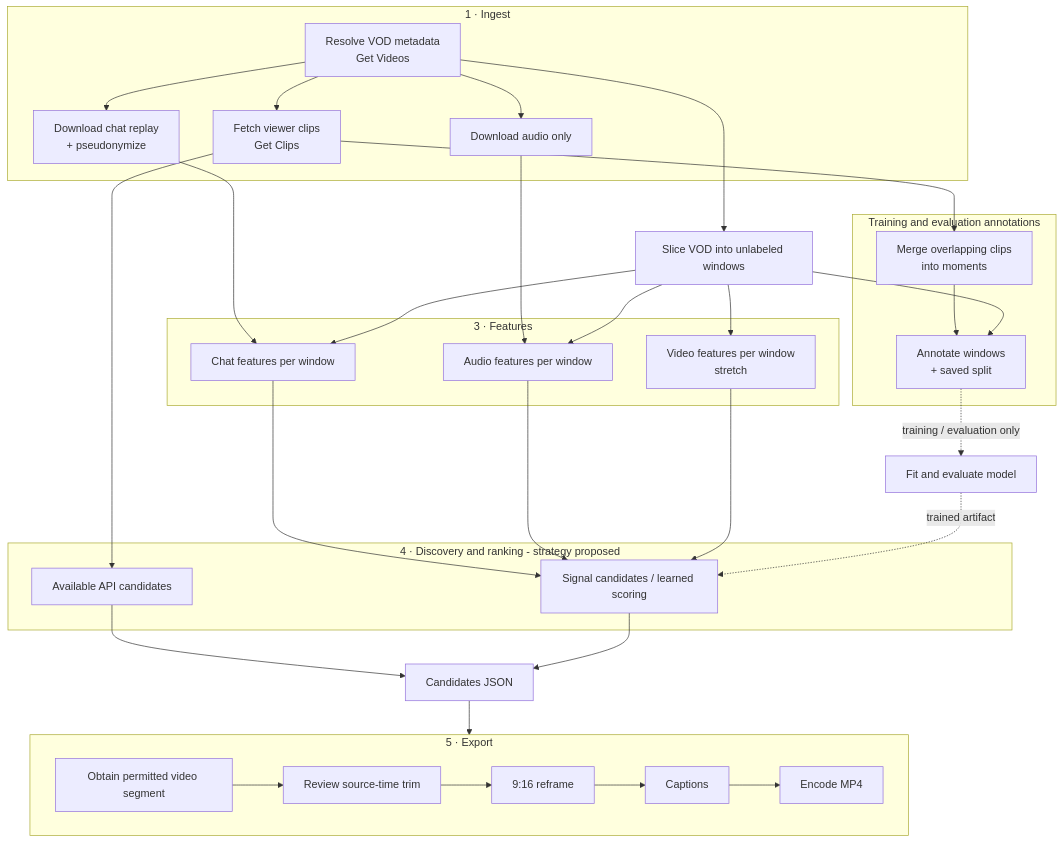
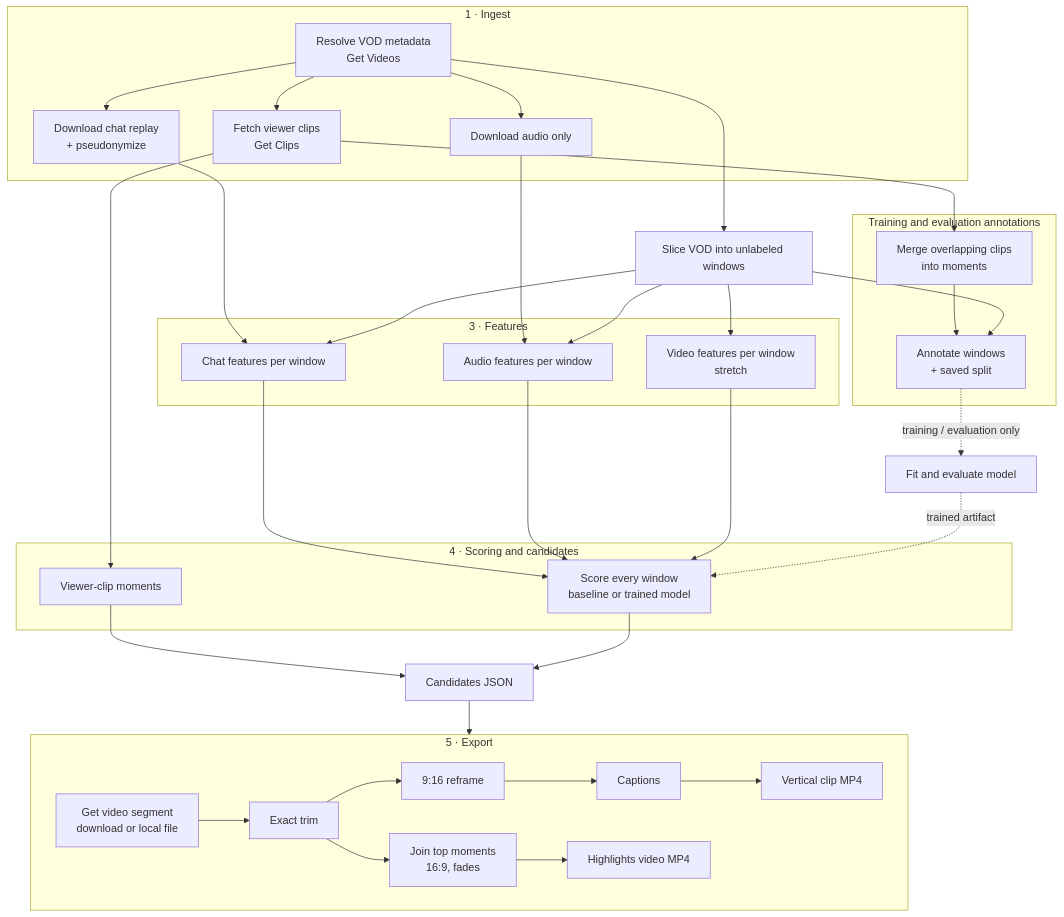
One commit to adillpickles/AutoClipper changed the second of 2 diagrams in docs/architecture/overview.md. Above: the diagram before and after it, drawn with Mermaid. The commit also changed other lines of this file and 71 other files, not shown here.

````diff
--- a/docs/architecture/overview.md
+++ b/docs/architecture/overview.md
@@ -35,40 +35,41 @@
 ```mermaid
 flowchart TD
     subgraph ingest [1 · Ingest]
         A1[Resolve VOD metadata<br/>Get Videos] --> A2[Fetch viewer clips<br/>Get Clips]
         A1 --> A3[Download chat replay<br/>+ pseudonymize]
         A1 --> A4[Download audio only]
     end
     subgraph label [Training and evaluation annotations]
         B1[Merge overlapping clips<br/>into moments]
         L[Annotate windows<br/>+ saved split]
     end
     B2[Slice VOD into unlabeled windows]
     subgraph feat [3 · Features]
         C1[Chat features per window]
         C2[Audio features per window]
         C3[Video features per window<br/>stretch]
     end
-    subgraph model [4 · Discovery and ranking - strategy proposed]
-        D1[Available API candidates]
-        D2[Signal candidates / learned scoring]
+    subgraph model [4 · Scoring and candidates]
+        D1[Viewer-clip moments]
+        D2[Score every window<br/>baseline or trained model]
     end
     subgraph export [5 · Export]
-        E1[Obtain permitted video segment] --> E2[Review source-time trim]
-        E2 --> E3[9:16 reframe] --> E4[Captions] --> E5[Encode MP4]
+        E1[Get video segment<br/>download or local file] --> E2[Exact trim]
+        E2 --> E3[9:16 reframe] --> E4[Captions] --> E5[Vertical clip MP4]
+        E2 --> H1[Join top moments<br/>16:9, fades] --> H2[Highlights video MP4]
     end
 
     A2 --> B1
     A1 --> B2
     B1 --> L
     B2 --> L
     A3 --> C1
     A4 --> C2
     B2 --> C1 & C2 & C3
     C1 & C2 & C3 --> D2
     A2 --> D1
     L -. training / evaluation only .-> T[Fit and evaluate model]
     T -. trained artifact .-> D2
     D1 & D2 --> F[Candidates JSON]
     F --> export
 ```
````
